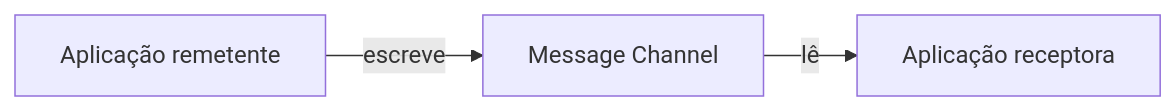
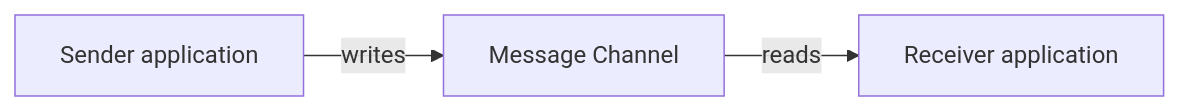
Before and after one commit to alancesar/design-patterns: the diagram in docs/architecture/eip/messaging-channels/message-channel.md, drawn with Mermaid. The commit also changed 258 other files, not shown here.

First line of the commit message:
Translate Mermaid diagrams to English

````diff
--- a/docs/architecture/eip/messaging-channels/message-channel.md
+++ b/docs/architecture/eip/messaging-channels/message-channel.md
@@ -55,5 +55,5 @@
 ```mermaid
 flowchart LR
-    A["Aplicação remetente"] -->|"escreve"| C["Message Channel"]
-    C -->|"lê"| B["Aplicação receptora"]
+    A["Sender application"] -->|"writes"| C["Message Channel"]
+    C -->|"reads"| B["Receiver application"]
 ```
````
